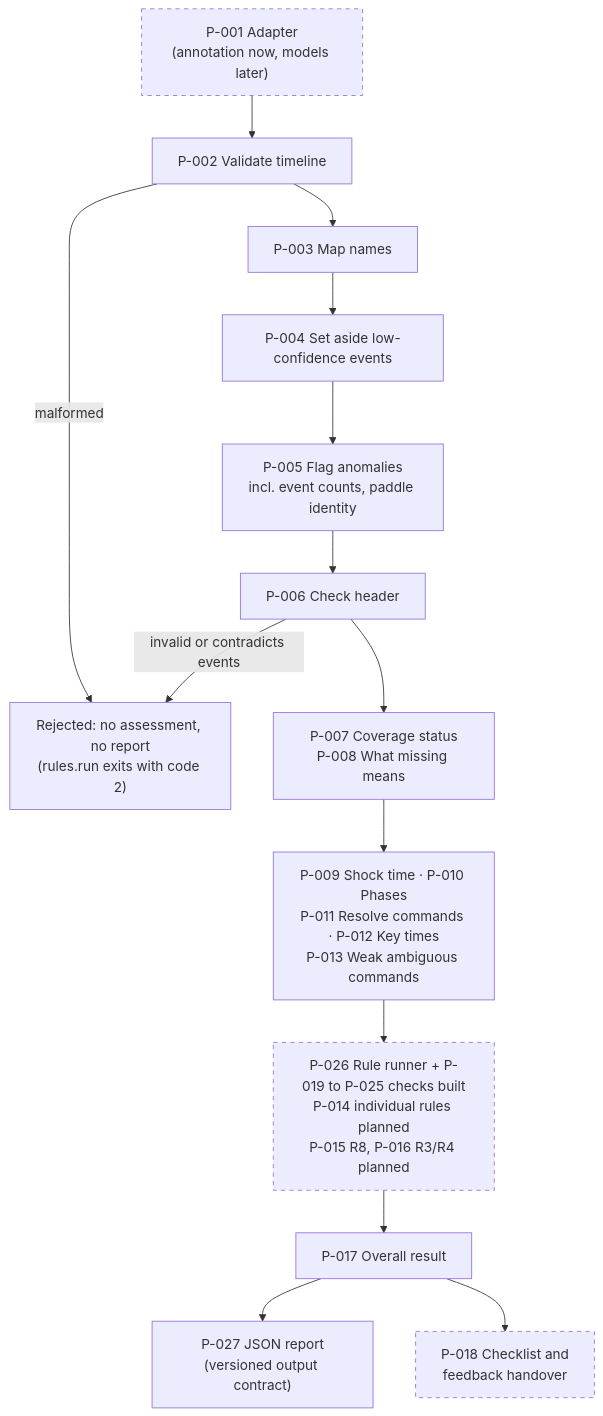
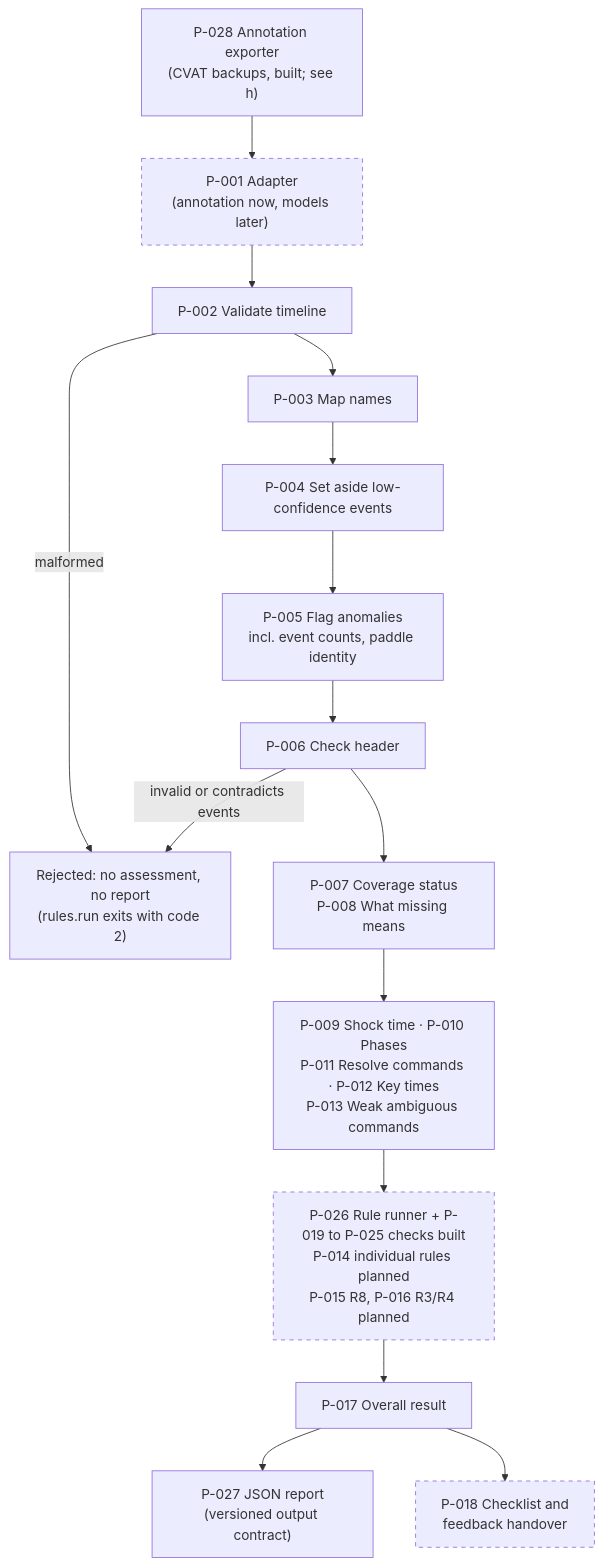
The second of 10 diagrams in docs/rule_engine/diagrams.md (ananthu65/defibrillator_research), drawn with Mermaid before and after one commit. The commit also changed other lines of this file and 17 other files, not shown here.

````diff
--- a/docs/rule_engine/diagrams.md
+++ b/docs/rule_engine/diagrams.md
@@ -35,23 +35,25 @@
 ```mermaid
 flowchart TD
+    A0["P-028 Annotation exporter<br/>(CVAT backups, built; see h)"]
     A["P-001 Adapter<br/>(annotation now, models later)"]:::planned
+    A0 --> A
     B["P-002 Validate timeline"]
     C["P-003 Map names"]
     D["P-004 Set aside low-confidence events"]
     E["P-005 Flag anomalies<br/>incl. event counts, paddle identity"]
     F["P-006 Check header"]
     G["P-007 Coverage status<br/>P-008 What missing means"]
     H["P-009 Shock time · P-010 Phases<br/>P-011 Resolve commands · P-012 Key times<br/>P-013 Weak ambiguous commands"]
     I["P-026 Rule runner + P-019 to P-025 checks built<br/>P-014 individual rules planned<br/>P-015 R8, P-016 R3/R4 planned"]:::planned
     J["P-017 Overall result"]
     K["P-027 JSON report<br/>(versioned output contract)"]
     L["P-018 Checklist and<br/>feedback handover"]:::planned
     X["Rejected: no assessment, no report<br/>(rules.run exits with code 2)"]
     A --> B
     B -->|malformed| X
     B --> C --> D --> E --> F
     F -->|invalid or contradicts events| X
     F --> G --> H --> I --> J --> K
     J --> L
     classDef planned stroke-dasharray: 5 5
 ```
````
